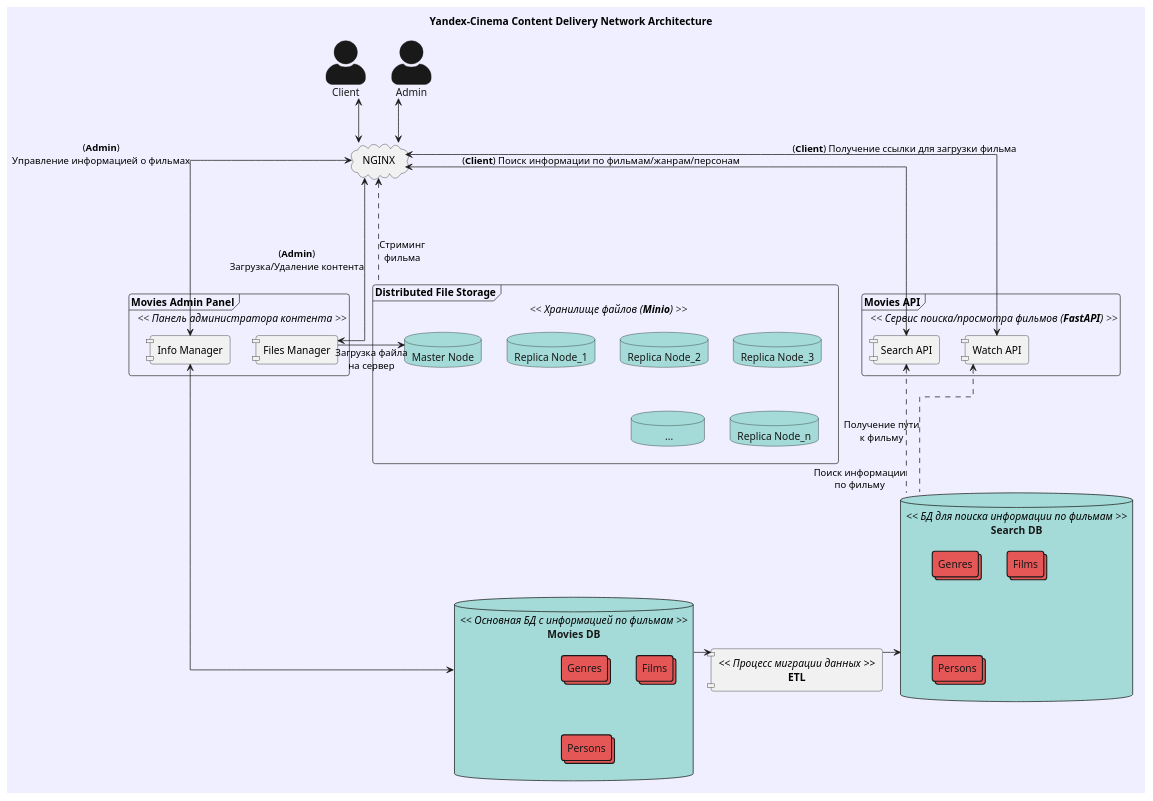
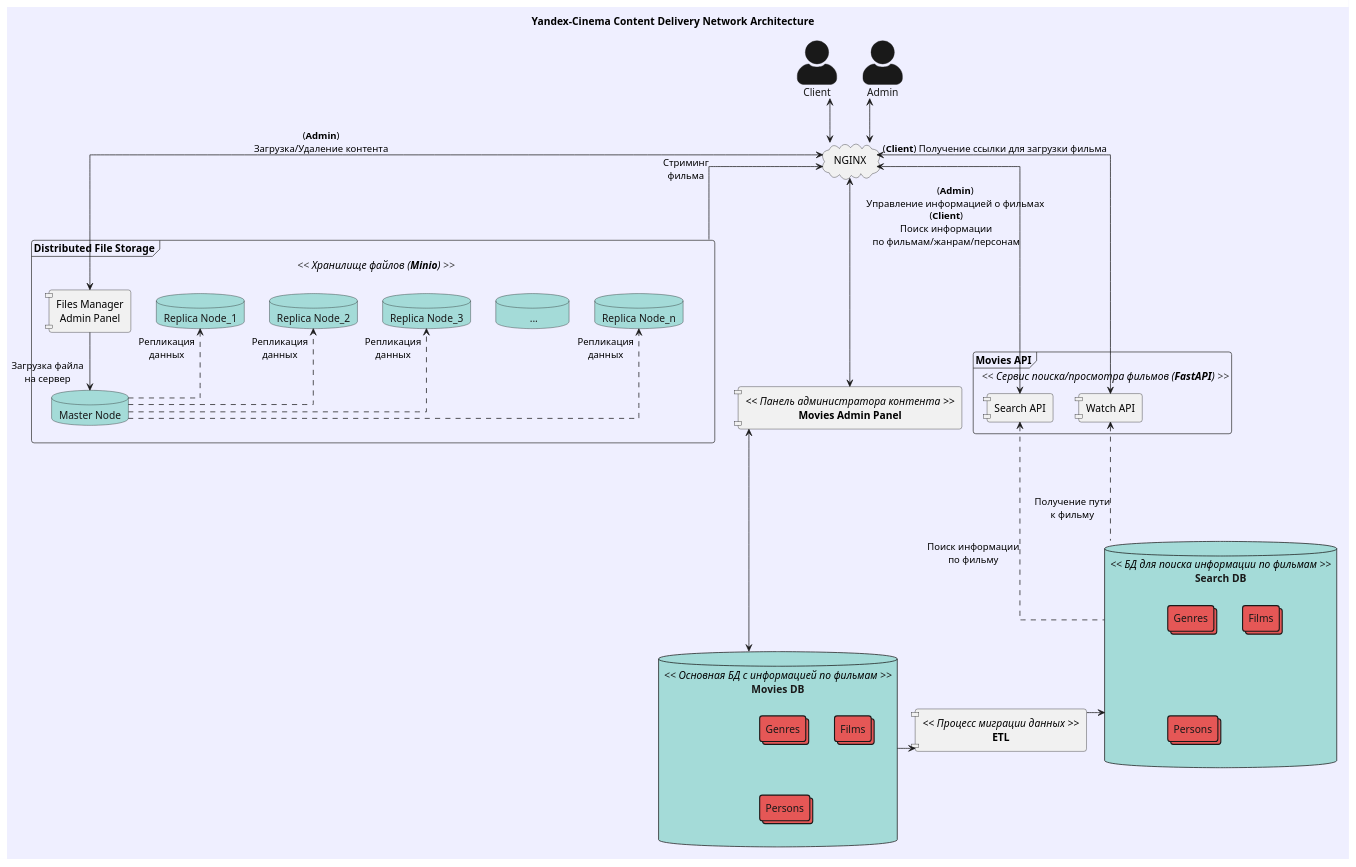
Before and after one commit to ghostrepo0/cdn_movies: the diagram in architecture/cdn_to_be.puml, drawn with PlantUML. The commit also changed 3 other files, not shown here.

```diff
--- a/architecture/cdn_to_be.puml
+++ b/architecture/cdn_to_be.puml
@@ -1,69 +1,82 @@
 @startuml
 !theme mars
 skinparam componentStyle uml1
 skinparam backgroundColor MOTIVATION
 skinparam defaultTextAlignment center
 skinparam actorStyle awesome
 skinparam linetype ortho
 
 
 title Yandex-Cinema Content Delivery Network Architecture
 
 actor Client
 actor Admin
 cloud "NGINX" as WebServer
 
 frame "**Distributed File Storage**" as FileStorage << <color:Black>Хранилище файлов (**Minio**)</color> >> {
+    component "Files Manager\nAdmin Panel" as FilesAdmin
     database "Master Node" as Master
-    database "Replica Node_1" as Replica1
-    database "Replica Node_2" as Replica2
-    database "Replica Node_3" as Replica3
-    database "          ...         " as ReplicaAny
-    database "Replica Node_n" as Replica_N
+    together {
+        database "Replica Node_n" as Replica_N
+        database "          ...         " as ReplicaAny
+        database "Replica Node_3" as Replica3
+        database "Replica Node_2" as Replica2
+        database "Replica Node_1" as Replica1
+    }
 }
 
-frame "**Movies API**" as Movies  << <color:Black>Сервис поиска/просмотра фильмов (**FastAPI**)</color> >> {
-    component "Search API" as Search
-    component "Watch API" as Watch
+together {
+    frame "**Movies API**" as Movies  << <color:Black>Сервис поиска/просмотра фильмов (**FastAPI**)</color> >> {
+        component "Search API" as Search
+        component "Watch API" as Watch
+    }
+
+    component "**Movies Admin Panel**" as ContentAdmin << <color:Black>Панель администратора контента</color> >>
 }
 
-frame "**Movies Admin Panel**" as ContentAdmin << <color:Black>Панель администратора контента</color> >> {
-    component "Info Manager" as InfoAdmin
-    component "Files Manager" as FilesAdmin
+together {
+
+    database "**Movies DB**" as Postgres << <color:Black>Основная БД с информацией по фильмам</color> >> {
+        together {
+            collections "Genres" as GenresSQL
+            collections "Films" as FilmsSQL
+            collections "Persons" as PersonsSQL
+        }
+    }
+
+    component "**ETL**" as ETL << <color:Black>Процесс миграции данных</color> >>
+
+    database "**Search DB**" as Elastic << <color:Black>БД для поиска информации по фильмам</color> >> {
+        together {
+            collections "Genres" as GenresElastic
+            collections "Films" as FilmsElastic
+            collections "Persons" as PersonsElastic
+        }
+    }
 }
-
-database "**Movies DB**" as Postgres << <color:Black>Основная БД с информацией по фильмам</color> >> {
-    collections "Genres" as GenresSQL
-    collections "Films" as FilmsSQL
-    collections "Persons" as PersonsSQL
-}
-
-database "**Search DB**" as Elastic << <color:Black>БД для поиска информации по фильмам</color> >> {
-    collections "Genres" as GenresElastic
-    collections "Films" as FilmsElastic
-    collections "Persons" as PersonsElastic
-}
-
-component "**ETL**" as ETL << <color:Black>Процесс миграции данных</color> >>
 
 Client <-d-> WebServer
 Admin <-d-> WebServer
 
-WebServer <-d-> InfoAdmin: (**Admin**)\nУправление информацией о фильмах
-WebServer <-d-> FilesAdmin: (**Admin**)\nЗагрузка/Удаление контента
+WebServer "(**Admin**)\nУправление информацией о фильмах" <-d-> ContentAdmin
+WebServer <-r-> FilesAdmin: (**Admin**)\nЗагрузка/Удаление контента
 
-WebServer <-.- FileStorage: Стриминг\nфильма
+FileStorage -u--> WebServer: Стриминг\nфильма
 
-WebServer <--d--> Search: (**Client**) Поиск информации по фильмам/жанрам/персонам
-WebServer <--d--> Watch: (**Client**) Получение ссылки для загрузки фильма
+WebServer <--d--> Search: (**Client**)\nПоиск информации\nпо фильмам/жанрам/персонам
+WebServer "(**Client**) Получение ссылки для загрузки фильма" <--d--> Watch
 
-Watch <-.- Elastic: Получение пути\nк фильму
+Elastic --u.-> Watch: Получение пути\nк фильму
+Elastic --u.-> Search: Поиск информации\nпо фильму
 
 ETL <-r- Postgres
 ETL -u-> Elastic
-Search <-.- Elastic: Поиск информации\nпо фильму
-InfoAdmin <-> Postgres
-Master <-r- FilesAdmin: Загрузка файла\nна сервер
+ContentAdmin <-> Postgres
+FilesAdmin --> "Загрузка файла\nна сервер" Master
+Master -.[norank]-> "Репликация\nданных" Replica1
+Master -.[norank]-> "Репликация\nданных" Replica2
+Master -.[norank]-> "Репликация\nданных" Replica3
+Master -.[norank]-> "Репликация\nданных" Replica_N
 
 
 @enduml
```
